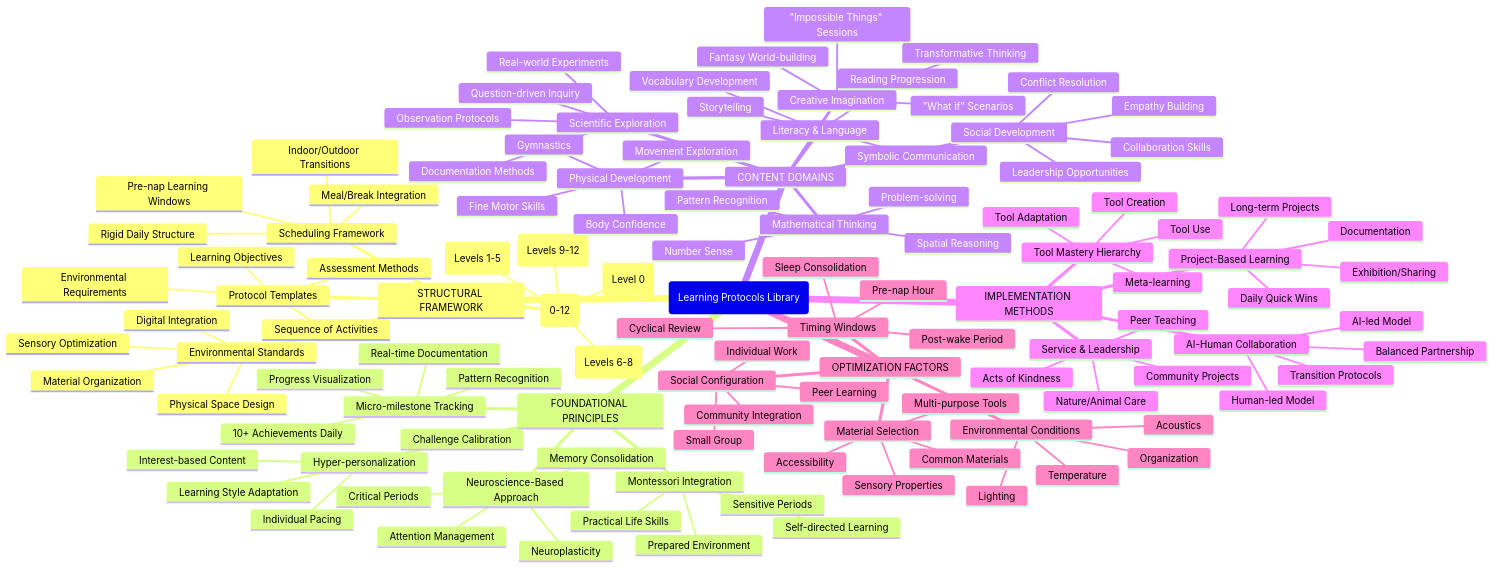
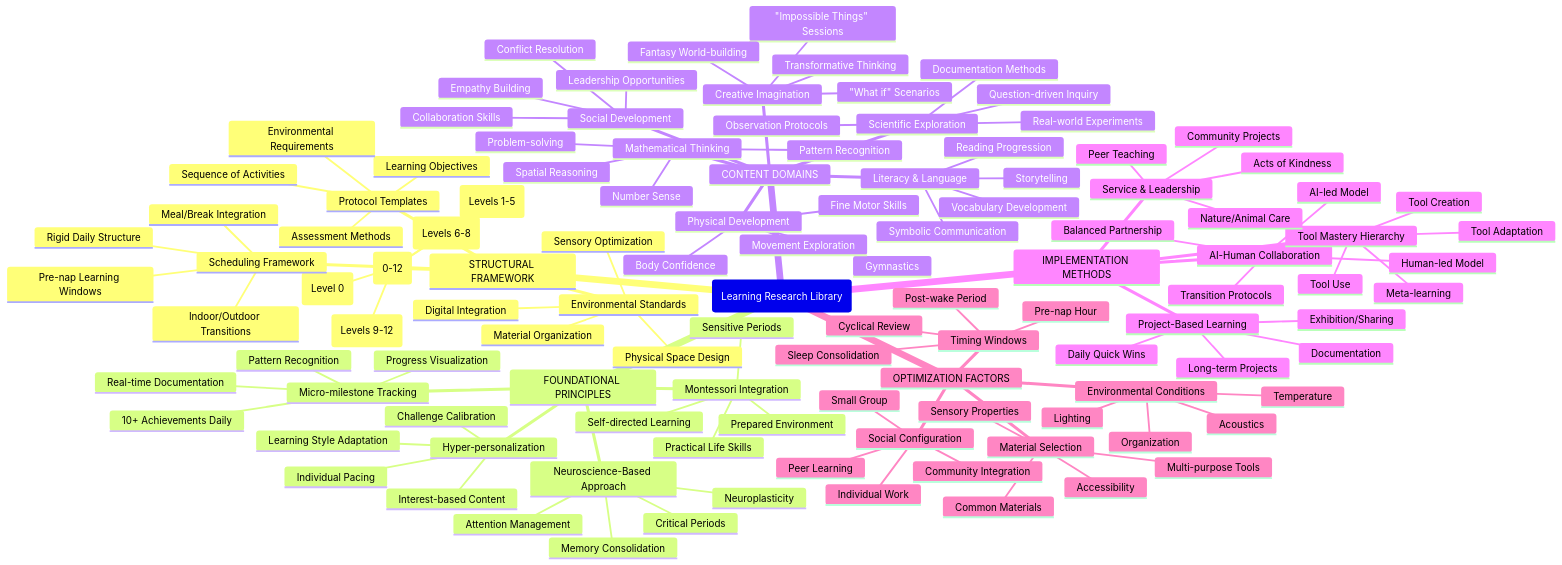
Before and after one commit to yudame/protocols: the first of 2 diagrams in README.md, drawn with Mermaid. The commit also changed other lines of this file and 8 other files, not shown here.

First line of the commit message:
refactor: Rename repository from 'protocols' to 'research'

````diff
--- a/README.md
+++ b/README.md
@@ -32,6 +32,6 @@
 ```mermaid
 mindmap
-  root(Learning Protocols Library)
+  root(Learning Research Library)
     STRUCTURAL FRAMEWORK
       Level Progression(0-12)
         Pre-K/Kindergarten(Level 0)
````
